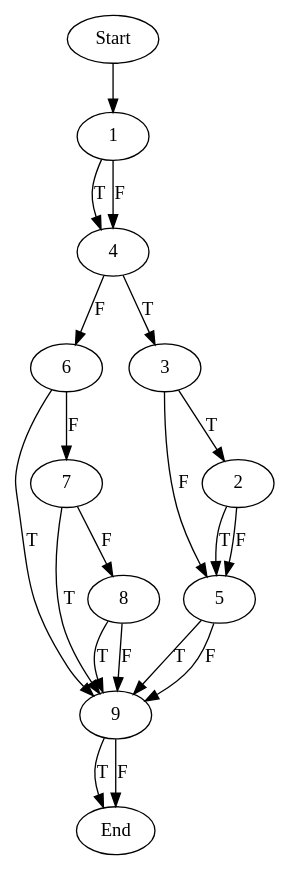
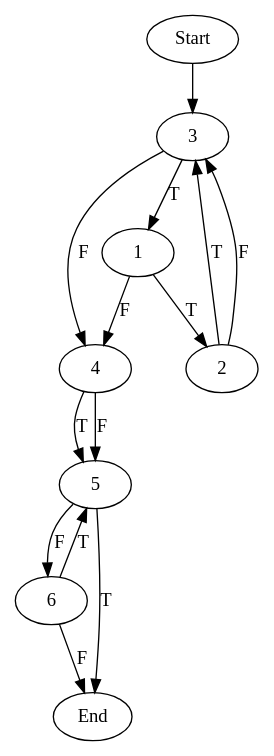
Before and after one commit to echancrure/Sikraken: the diagram in Parser/input.dot, drawn with Graphviz. The commit also changed 8 other files, not shown here.

```diff
--- a/Parser/input.dot
+++ b/Parser/input.dot
@@ -1,21 +1,15 @@
 digraph CFG {
-"Start" -> "1"	 
-"9" -> "End" [label = "T"];
-"9" -> "End" [label = "F"];
-"8" -> "9" [label = "T"];
-"8" -> "9" [label = "F"];
-"7" -> "9" [label = "T"];
-"7" -> "8" [label = "F"];
-"6" -> "9" [label = "T"];
-"6" -> "7" [label = "F"];
-"5" -> "9" [label = "T"];
-"5" -> "9" [label = "F"];
-"4" -> "3" [label = "T"];
-"4" -> "6" [label = "F"];
-"3" -> "2" [label = "T"];
-"3" -> "5" [label = "F"];
-"2" -> "5" [label = "T"];
-"2" -> "5" [label = "F"];
-"1" -> "4" [label = "T"];
+"Start" -> "3"	 
+"6" -> "5" [label = "T"];
+"6" -> "End" [label = "F"];
+"5" -> "End" [label = "T"];
+"5" -> "6" [label = "F"];
+"4" -> "5" [label = "T"];
+"4" -> "5" [label = "F"];
+"3" -> "1" [label = "T"];
+"3" -> "4" [label = "F"];
+"2" -> "3" [label = "T"];
+"2" -> "3" [label = "F"];
+"1" -> "2" [label = "T"];
 "1" -> "4" [label = "F"];
 }
```
